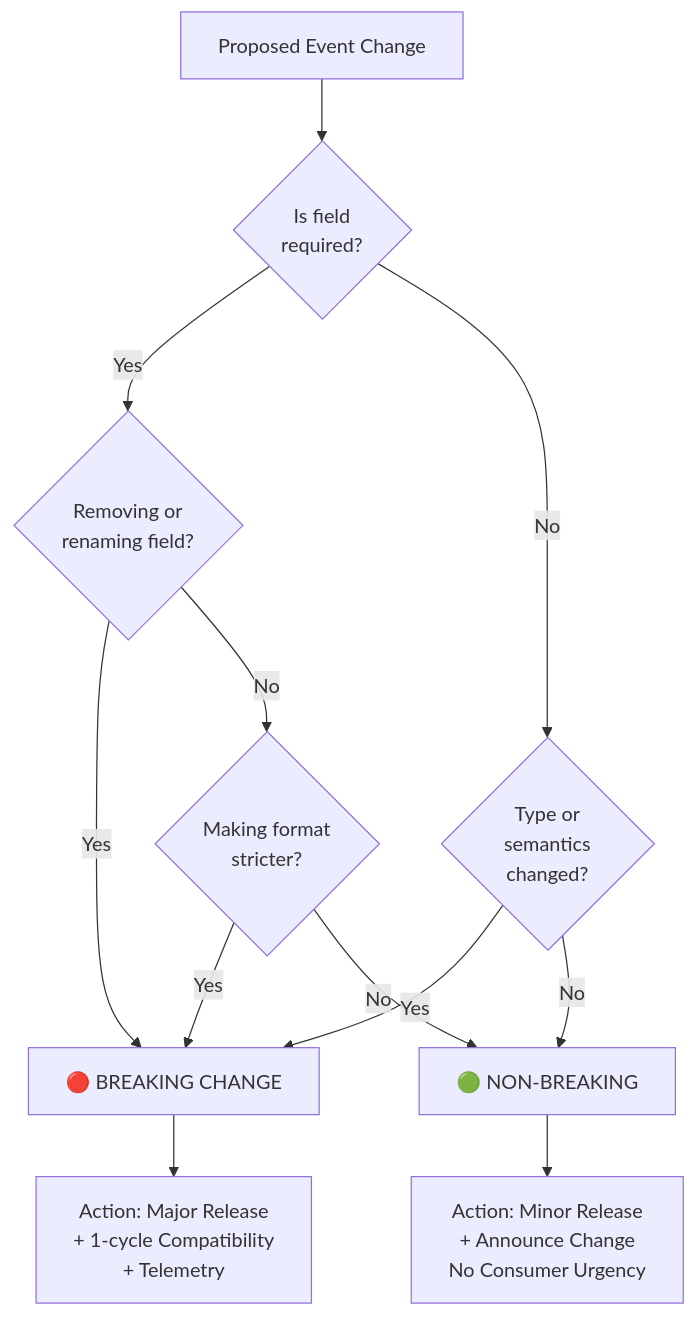
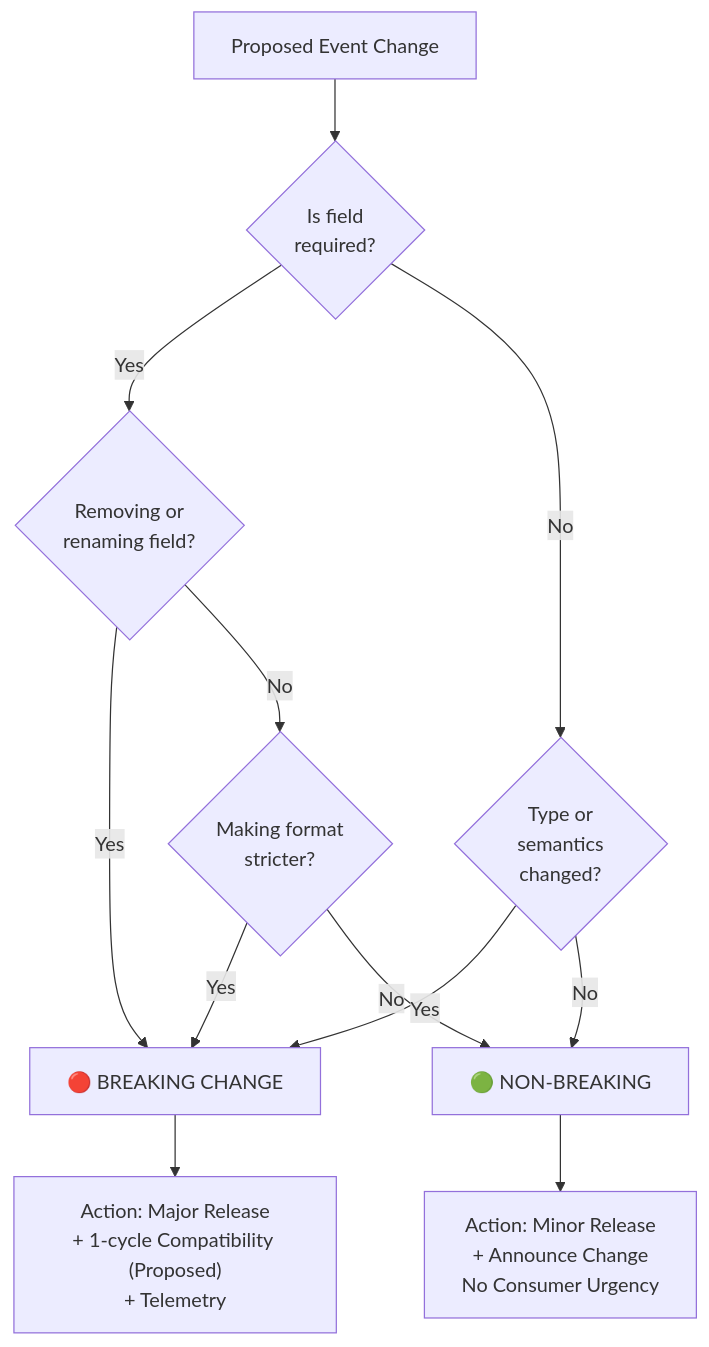
Before and after one commit to CyanAutomation/judokon: the first of 4 diagrams in design/productRequirementsDocuments/prdEventContracts.md, drawn with Mermaid. The commit also changed other lines of this file and 3 other files, not shown here.

````diff
--- a/design/productRequirementsDocuments/prdEventContracts.md
+++ b/design/productRequirementsDocuments/prdEventContracts.md
@@ -127,14 +133,14 @@
 ```mermaid
 flowchart TD
     A["Proposed Event Change"] --> B{"Is field<br/>required?"}
     B -->|Yes| C{"Removing or<br/>renaming field?"}
     B -->|No| D{"Type or<br/>semantics<br/>changed?"}
     C -->|Yes| E["🔴 BREAKING CHANGE"]
     C -->|No| F{"Making format<br/>stricter?"}
     D -->|Yes| E
     D -->|No| G["🟢 NON-BREAKING"]
     F -->|Yes| E
     F -->|No| G
-    E --> H["Action: Major Release<br/>+ 1-cycle Compatibility<br/>+ Telemetry"]
+    E --> H["Action: Major Release<br/>+ 1-cycle Compatibility (Proposed)<br/>+ Telemetry"]
     G --> I["Action: Minor Release<br/>+ Announce Change<br/>No Consumer Urgency"]
 ```
````
